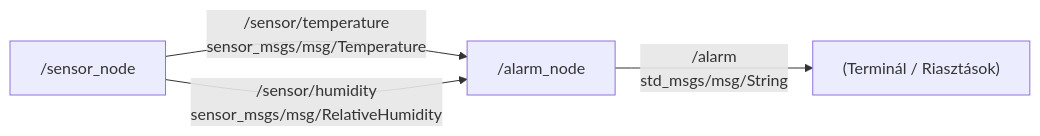
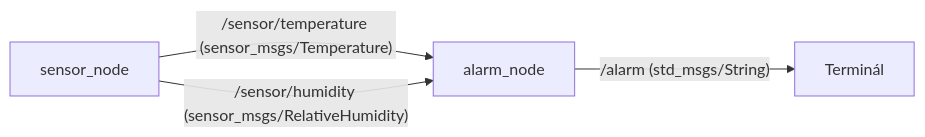
One commit to kiad018/kin_zy2_teperaturalarm changed the diagram in README.md. Above: the diagram before and after it, drawn with Mermaid.

````diff
--- a/README.md
+++ b/README.md
@@ -7,6 +7,6 @@
 ```mermaid
 flowchart LR
-    A["/sensor_node"] -->|/sensor/temperature<br/>sensor_msgs/msg/Temperature| B["/alarm_node"]
-    A -->|/sensor/humidity<br/>sensor_msgs/msg/RelativeHumidity| B
-    B -->|/alarm<br/>std_msgs/msg/String| C["(Terminál / Riasztások)"]
+    A["sensor_node"] -->|"/sensor/temperature (sensor_msgs/Temperature)"| B["alarm_node"]
+    A -->|"/sensor/humidity (sensor_msgs/RelativeHumidity)"| B
+    B -->|"/alarm (std_msgs/String)"| C["Terminál"]
 ```
````
